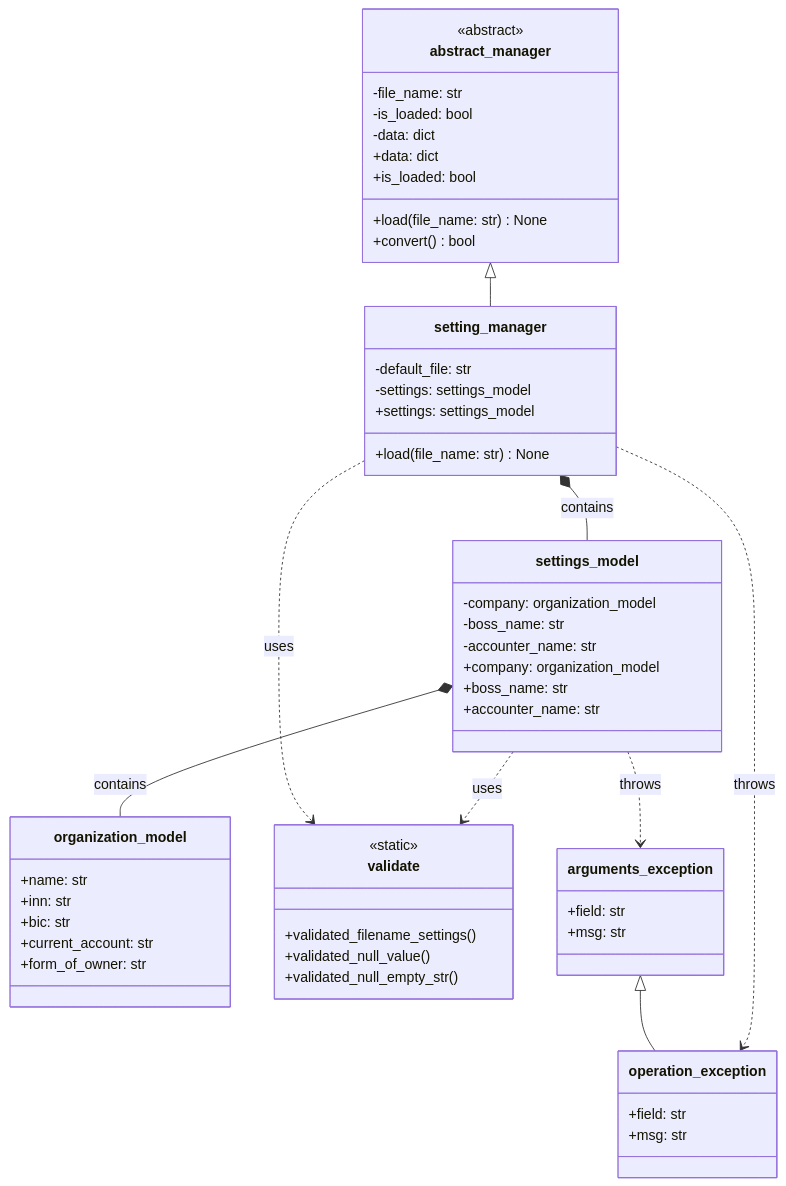
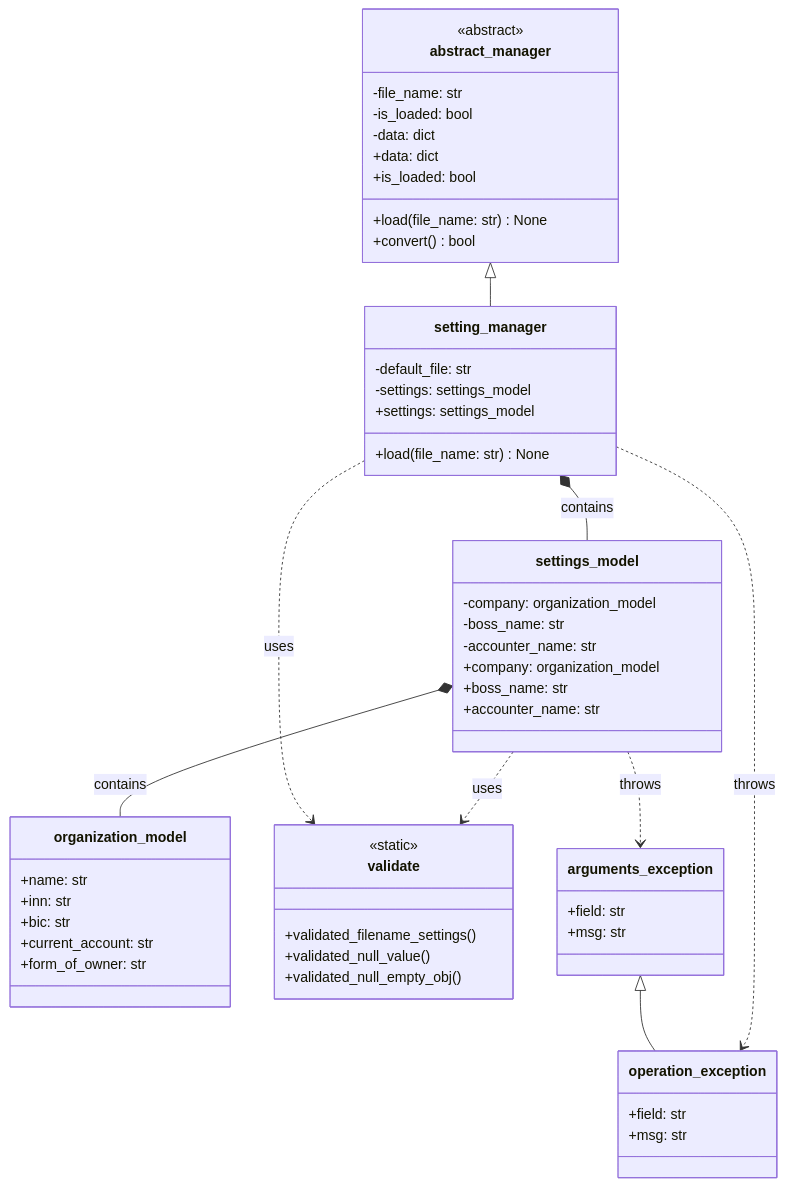
One commit to robotnik-by-rpo/patterns2026 changed the diagram in Docs/Uml/settings_manager.md. Above: the diagram before and after it, drawn with Mermaid. The commit also changed 18 other files, not shown here.

````diff
--- a/Docs/Uml/settings_manager.md
+++ b/Docs/Uml/settings_manager.md
@@ -1,65 +1,65 @@
 ```mermaid
 classDiagram
     class abstract_manager {
         <<abstract>>
         -file_name: str
         -is_loaded: bool
         -data: dict
         +load(file_name: str) None
         +convert() bool
         +data: dict
         +is_loaded: bool
     }
 
     class setting_manager {
         -default_file: str
         -settings: settings_model
         +load(file_name: str) None
         +settings: settings_model
     }
 
     class settings_model {
         -company: organization_model
         -boss_name: str
         -accounter_name: str
         +company: organization_model
         +boss_name: str
         +accounter_name: str
     }
 
     class organization_model {
         +name: str
         +inn: str
         +bic: str
         +current_account: str
         +form_of_owner: str
     }
 
     class validate {
         <<static>>
         +validated_filename_settings()
         +validated_null_value()
-        +validated_null_empty_str()
+        +validated_null_empty_obj()
     }
 
     class arguments_exception {
         +field: str
         +msg: str
     }
 
     class operation_exception {
         +field: str
         +msg: str
     }
 
     abstract_manager <|-- setting_manager
     arguments_exception <|-- operation_exception
 
     setting_manager *-- settings_model : contains
     settings_model *-- organization_model : contains
 
     setting_manager ..> validate : uses
     setting_manager ..> operation_exception : throws
     settings_model ..> validate : uses
     settings_model ..> arguments_exception : throws
 ```
````
